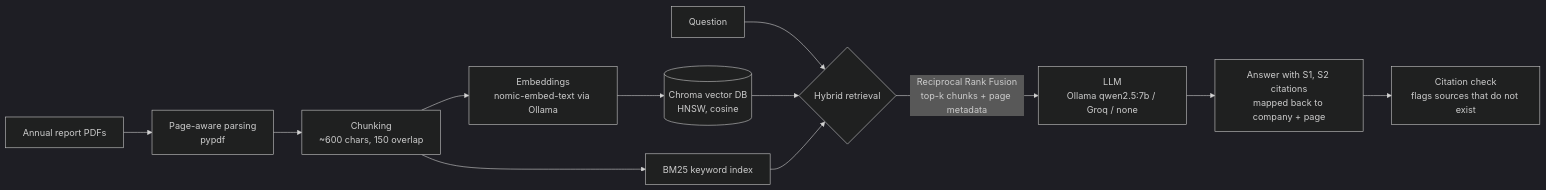
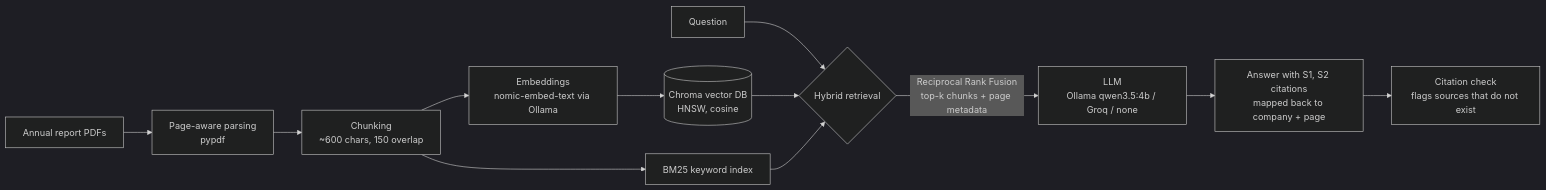
Before and after one commit to programmermars/bursa-project: the diagram in README.md, drawn with Mermaid (dark theme). The commit also changed other lines of this file and 5 other files, not shown here.

First line of the commit message:
Use qwen3.5:4b as default local LLM to match evaluation

````diff
--- a/README.md
+++ b/README.md
@@ -17,14 +17,14 @@
 ```mermaid
 flowchart LR
     A[Annual report PDFs] --> B[Page-aware parsing<br/>pypdf]
     B --> C[Chunking<br/>~600 chars, 150 overlap]
     C --> D[Embeddings<br/>nomic-embed-text via Ollama]
     C --> E[BM25 keyword index]
     D --> F[(Chroma vector DB<br/>HNSW, cosine)]
     Q[Question] --> G{Hybrid retrieval}
     F --> G
     E --> G
-    G -->|Reciprocal Rank Fusion<br/>top-k chunks + page metadata| H[LLM<br/>Ollama qwen2.5:7b / Groq / none]
+    G -->|Reciprocal Rank Fusion<br/>top-k chunks + page metadata| H[LLM<br/>Ollama qwen3.5:4b / Groq / none]
     H --> I["Answer with S1, S2 citations<br/>mapped back to company + page"]
     I --> J[Citation check<br/>flags sources that do not exist]
 ```
````
